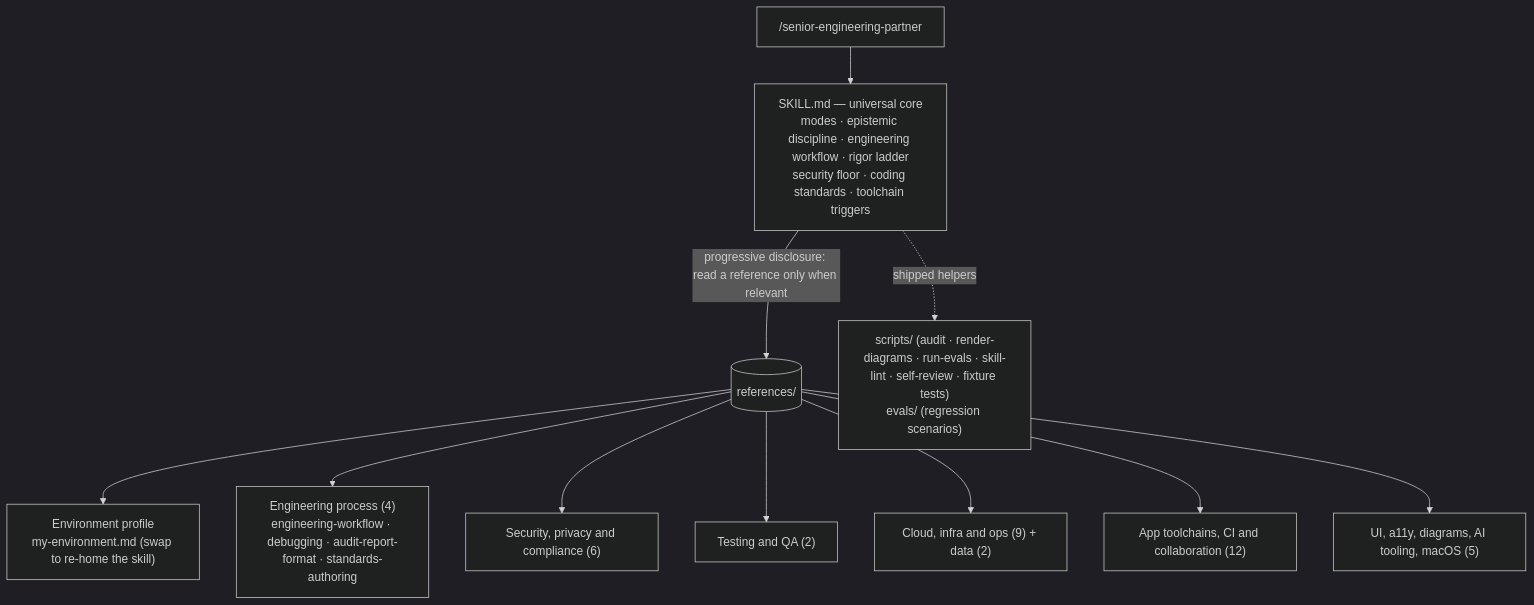
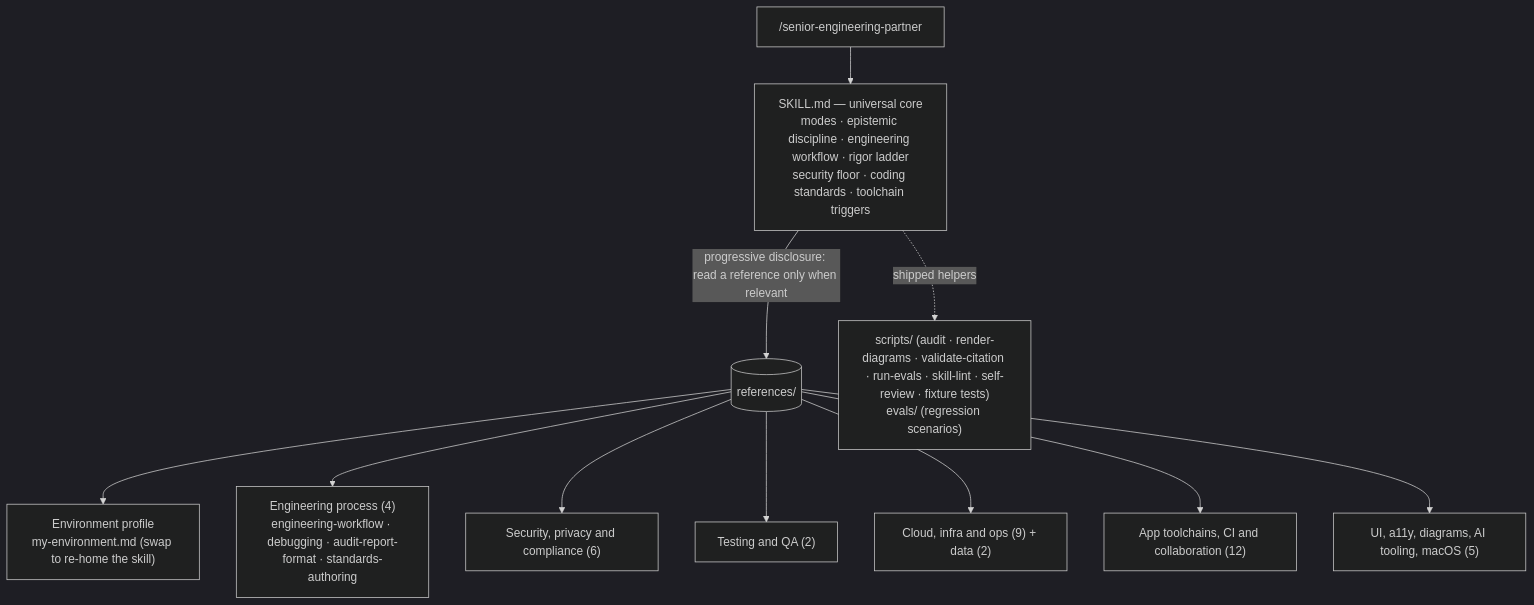
One commit to bjgreenberg/senior-engineering-partner changed the first of 3 diagrams in README.md. Above: the diagram before and after it, drawn with Mermaid (dark theme). The commit also changed other lines of this file and 9 other files, not shown here.

Commit message:
feat: add CITATION.cff with a validation gate, release-please auto-bump, and the discipline in the skill core (#73)

````diff
--- a/README.md
+++ b/README.md
@@ -81,14 +81,14 @@
 ```mermaid
 flowchart TD
     U["/senior-engineering-partner"] --> C
     C["SKILL.md — universal core<br/>modes · epistemic discipline · engineering workflow · rigor ladder<br/>security floor · coding standards · toolchain triggers"]
     C -->|"progressive disclosure: read a reference only when relevant"| R[(references/)]
-    C -.->|"shipped helpers"| K["scripts/ (audit · render-diagrams · run-evals · skill-lint · self-review · fixture tests)<br/>evals/ (regression scenarios)"]
+    C -.->|"shipped helpers"| K["scripts/ (audit · render-diagrams · validate-citation · run-evals · skill-lint · self-review · fixture tests)<br/>evals/ (regression scenarios)"]
     R --> P["Environment profile<br/>my-environment.md (swap to re-home the skill)"]
     R --> W["Engineering process (4)<br/>engineering-workflow · debugging · audit-report-format · standards-authoring"]
     R --> S["Security, privacy and compliance (6)"]
     R --> T["Testing and QA (2)"]
     R --> I["Cloud, infra and ops (9) + data (2)"]
     R --> A["App toolchains, CI and collaboration (12)"]
     R --> X["UI, a11y, diagrams, AI tooling, macOS (5)"]
 ```
````
